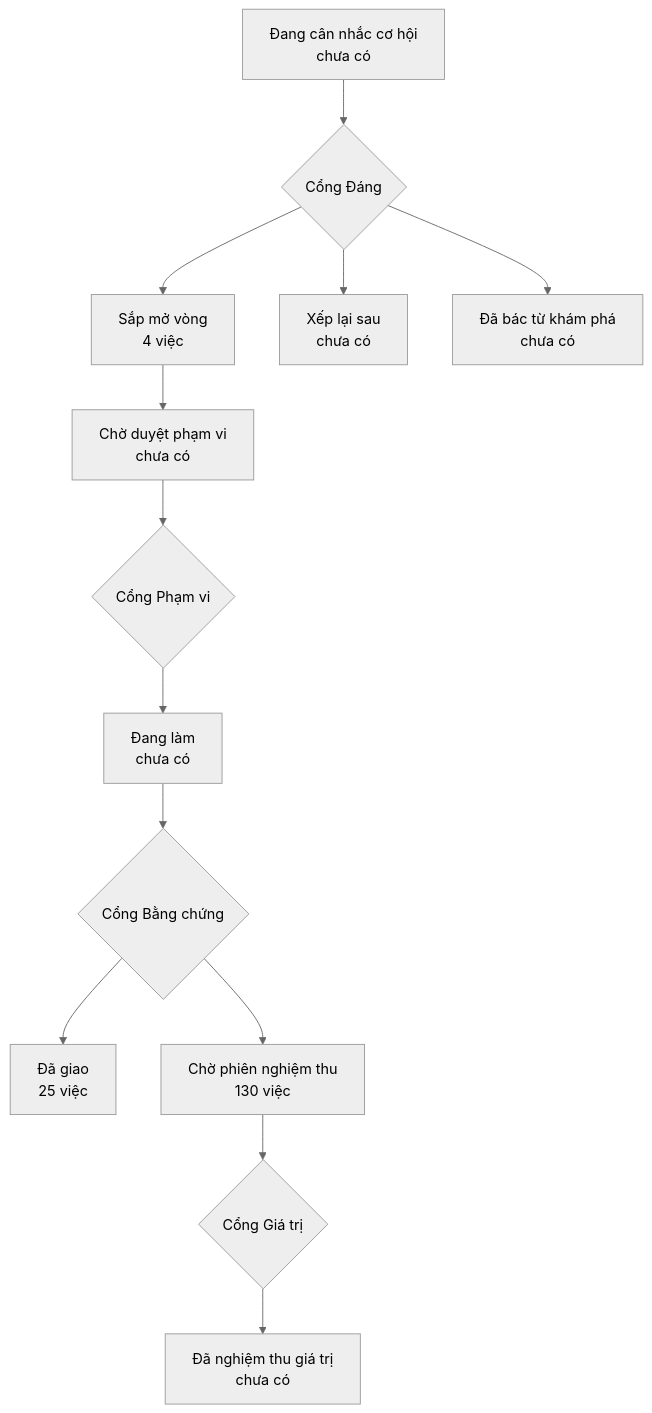
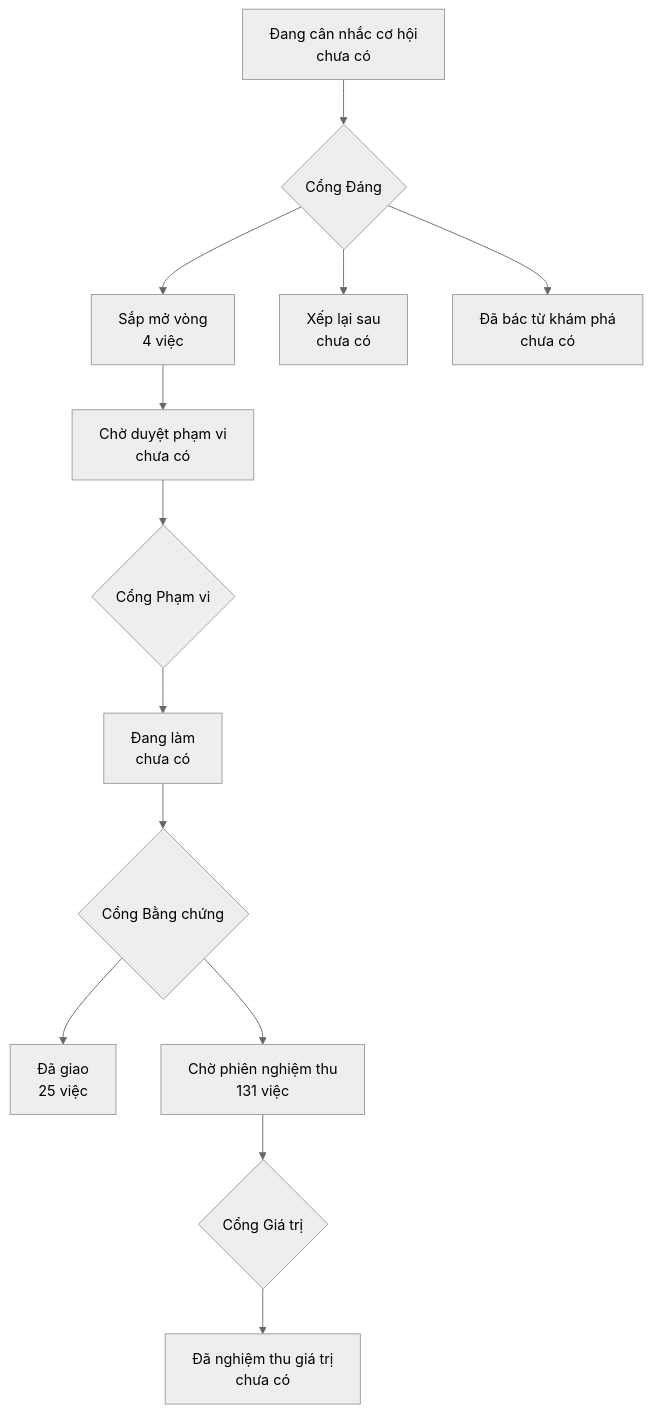
The diagram in PRODUCT-MAP.md (phanlemanh/onehub-quy-hang), drawn with Mermaid (neutral theme) before and after one commit. The commit also changed other lines of this file and 1 other file, not shown here.

Commit message:
chore: vẽ lại bản đồ sau gộp main

````diff
--- a/PRODUCT-MAP.md
+++ b/PRODUCT-MAP.md
@@ -7,12 +7,12 @@
 ```mermaid
 flowchart TD
   A["Đang cân nhắc cơ hội<br/>chưa có"] --> GD{"Cổng Đáng"}
   GD --> B["Sắp mở vòng<br/>4 việc"]
   GD --> XL["Xếp lại sau<br/>chưa có"]
   GD --> DB["Đã bác từ khám phá<br/>chưa có"]
   B --> CD["Chờ duyệt phạm vi<br/>chưa có"] --> GP{"Cổng Phạm vi"}
   GP --> DL["Đang làm<br/>chưa có"] --> GB{"Cổng Bằng chứng"}
   GB --> DG["Đã giao<br/>25 việc"]
-  GB --> CN["Chờ phiên nghiệm thu<br/>130 việc"] --> GG{"Cổng Giá trị"}
+  GB --> CN["Chờ phiên nghiệm thu<br/>131 việc"] --> GG{"Cổng Giá trị"}
   GG --> NT["Đã nghiệm thu giá trị<br/>chưa có"]
 ```
````
